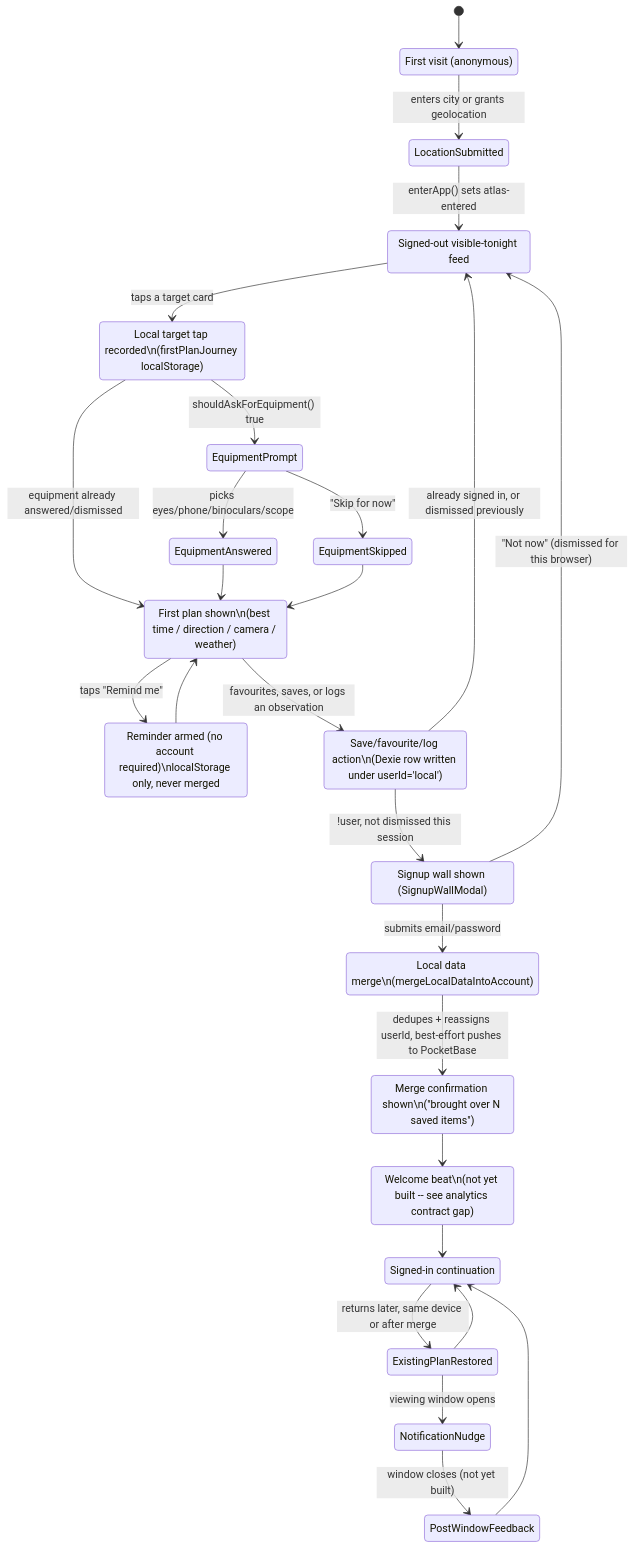
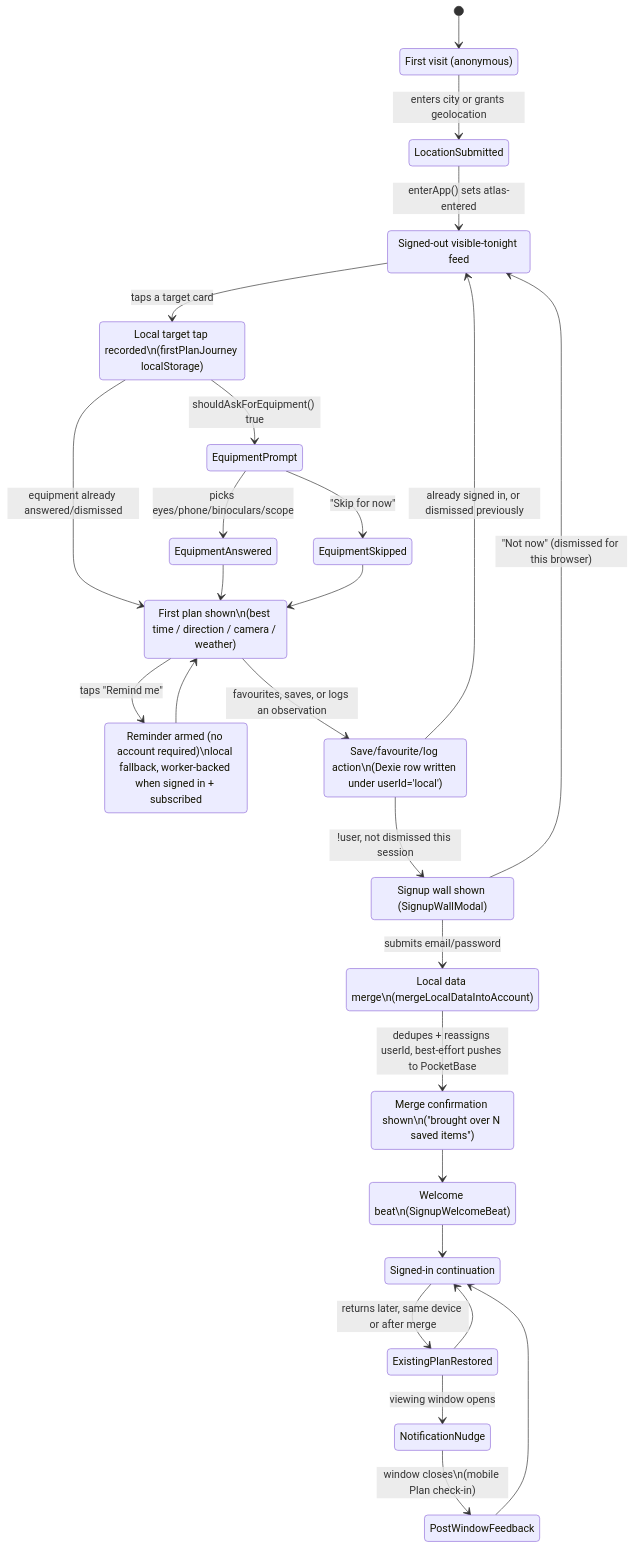
The diagram in docs/first-plan-account-lifecycle.md (Signal-K/atlas), drawn with Mermaid before and after one commit. The commit also changed other lines of this file and 38 other files, not shown here.

````diff
--- a/docs/first-plan-account-lifecycle.md
+++ b/docs/first-plan-account-lifecycle.md
@@ -15,52 +30,52 @@
 ```mermaid
 stateDiagram-v2
     [*] --> FirstVisit
 
     FirstVisit: First visit (anonymous)
     FirstVisit --> LocationSubmitted: enters city or grants geolocation
 
     LocationSubmitted --> SignedOutFeed: enterApp() sets atlas-entered
 
     SignedOutFeed: Signed-out visible-tonight feed
     SignedOutFeed --> LocalTargetTap: taps a target card
 
     LocalTargetTap: Local target tap recorded\n(firstPlanJourney localStorage)
     LocalTargetTap --> EquipmentPrompt: shouldAskForEquipment() true
     LocalTargetTap --> FirstPlan: equipment already answered/dismissed
 
     EquipmentPrompt --> EquipmentAnswered: picks eyes/phone/binoculars/scope
     EquipmentPrompt --> EquipmentSkipped: "Skip for now"
     EquipmentAnswered --> FirstPlan
     EquipmentSkipped --> FirstPlan
 
     FirstPlan: First plan shown\n(best time / direction / camera / weather)
     FirstPlan --> RemindMePermission: taps "Remind me"
     FirstPlan --> SaveAction: favourites, saves, or logs an observation
 
-    RemindMePermission: Reminder armed (no account required)\nlocalStorage only, never merged
+    RemindMePermission: Reminder armed (no account required)\nlocal fallback, worker-backed when signed in + subscribed
     RemindMePermission --> FirstPlan
 
     SaveAction: Save/favourite/log action\n(Dexie row written under userId='local')
     SaveAction --> SignupModalShown: !user, not dismissed this session
     SaveAction --> SignedOutFeed: already signed in, or dismissed previously
 
     SignupModalShown: Signup wall shown (SignupWallModal)
     SignupModalShown --> LocalDataMerge: submits email/password
     SignupModalShown --> SignedOutFeed: "Not now" (dismissed for this browser)
 
     LocalDataMerge: Local data merge\n(mergeLocalDataIntoAccount)
     LocalDataMerge --> MergeConfirmation: dedupes + reassigns userId, best-effort pushes to PocketBase
 
     MergeConfirmation: Merge confirmation shown\n("brought over N saved items")
     MergeConfirmation --> WelcomeBeat
 
-    WelcomeBeat: Welcome beat\n(not yet built -- see analytics contract gap)
+    WelcomeBeat: Welcome beat\n(SignupWelcomeBeat)
     WelcomeBeat --> SignedInContinuation
 
     SignedInContinuation: Signed-in continuation
     SignedInContinuation --> ExistingPlanRestored: returns later, same device or after merge
     ExistingPlanRestored --> NotificationNudge: viewing window opens
-    NotificationNudge --> PostWindowFeedback: window closes (not yet built)
+    NotificationNudge --> PostWindowFeedback: window closes\n(mobile Plan check-in)
     PostWindowFeedback --> SignedInContinuation
     ExistingPlanRestored --> SignedInContinuation
 ```
````
